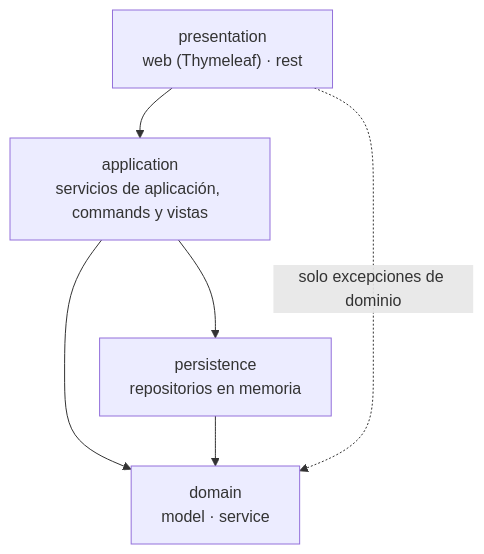
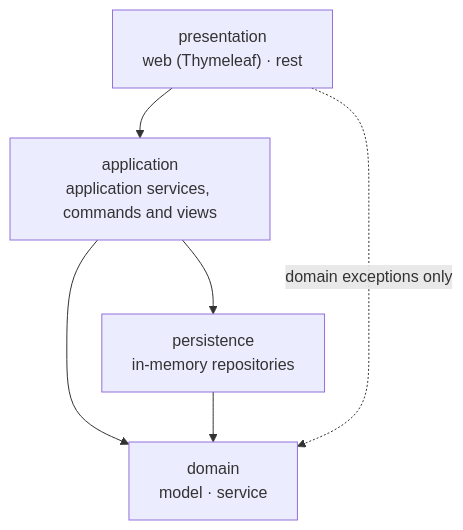
One commit to dawnrock/Proyect-DDD-Claude changed the first of 2 diagrams in docs/arquitectura/fase-1-capas.md. Above: the diagram before and after it, drawn with Mermaid. The commit also changed other lines of this file and 1 other file, not shown here.

````diff
--- a/docs/arquitectura/fase-1-capas.md
+++ b/docs/arquitectura/fase-1-capas.md
@@ -7,8 +7,8 @@
 ```mermaid
 flowchart TD
-    P["presentation<br/>web (Thymeleaf) · rest"] --> A["application<br/>servicios de aplicación, commands y vistas"]
+    P["presentation<br/>web (Thymeleaf) · rest"] --> A["application<br/>application services, commands and views"]
     A --> D["domain<br/>model · service"]
-    A --> R["persistence<br/>repositorios en memoria"]
+    A --> R["persistence<br/>in-memory repositories"]
     R --> D
-    P -. "solo excepciones de dominio" .-> D
+    P -. "domain exceptions only" .-> D
 ```
````
